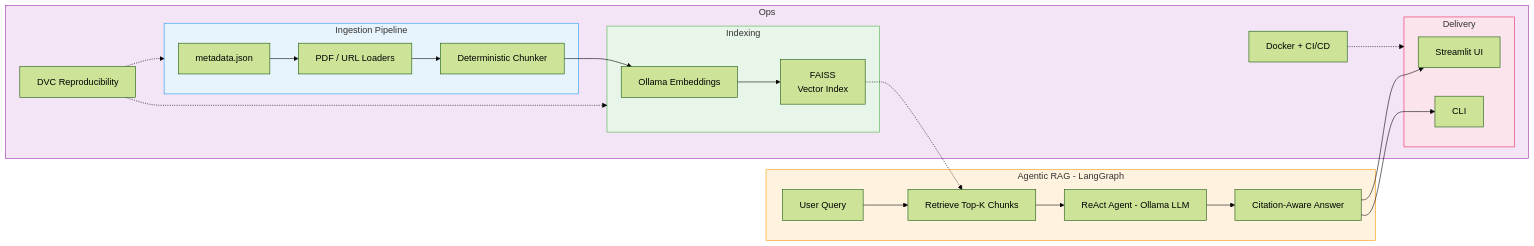
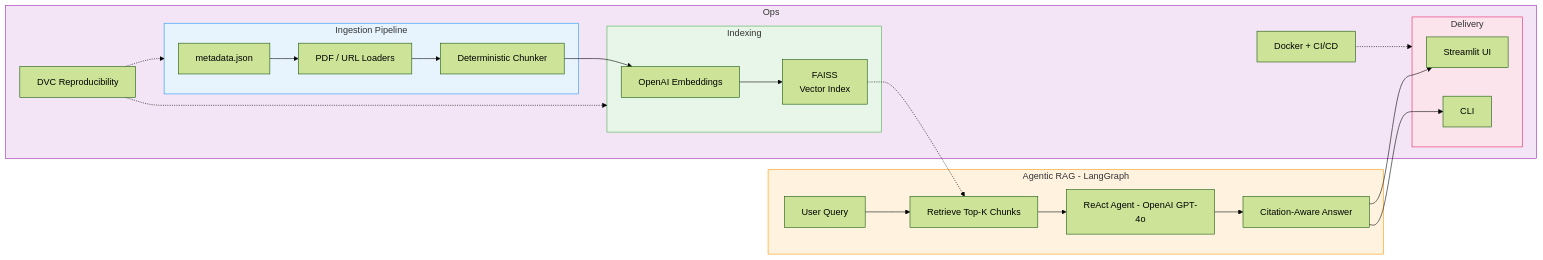
Before and after one commit to arunps12/ChildLanguageAcquisition-RAG: the diagram in README.md, drawn with Mermaid (forest theme). The commit also changed other lines of this file and 11 other files, not shown here.

Commit message:
refactor: migrate from Ollama to OpenAI for LLM and embeddings, update README and configuration

````diff
--- a/README.md
+++ b/README.md
@@ -30,37 +30,37 @@
 ```mermaid
 flowchart LR
     subgraph Ingestion["Ingestion Pipeline"]
         A["metadata.json"] --> B["PDF / URL Loaders"]
         B --> C["Deterministic Chunker"]
     end
 
     subgraph Indexing["Indexing"]
-        C --> D["Ollama Embeddings"]
+        C --> D["OpenAI Embeddings"]
         D --> E["FAISS\nVector Index"]
     end
 
     subgraph RAG["Agentic RAG - LangGraph"]
         F["User Query"] --> G["Retrieve Top-K Chunks"]
-        G --> H["ReAct Agent - Ollama LLM"]
+        G --> H["ReAct Agent - OpenAI GPT-4o"]
         H --> I["Citation-Aware Answer"]
     end
 
     E -.-> G
 
     subgraph Serve["Delivery"]
         I --> J["Streamlit UI"]
         I --> K["CLI"]
     end
 
     subgraph Ops["Ops"]
         L["DVC Reproducibility"] -.-> Ingestion
         L -.-> Indexing
         M["Docker + CI/CD"] -.-> Serve
     end
 
     style Ingestion fill:#e8f4fd,stroke:#2196F3
     style Indexing fill:#e8f5e9,stroke:#4CAF50
     style RAG fill:#fff3e0,stroke:#FF9800
     style Serve fill:#fce4ec,stroke:#E91E63
     style Ops fill:#f3e5f5,stroke:#9C27B0
 ```
````
